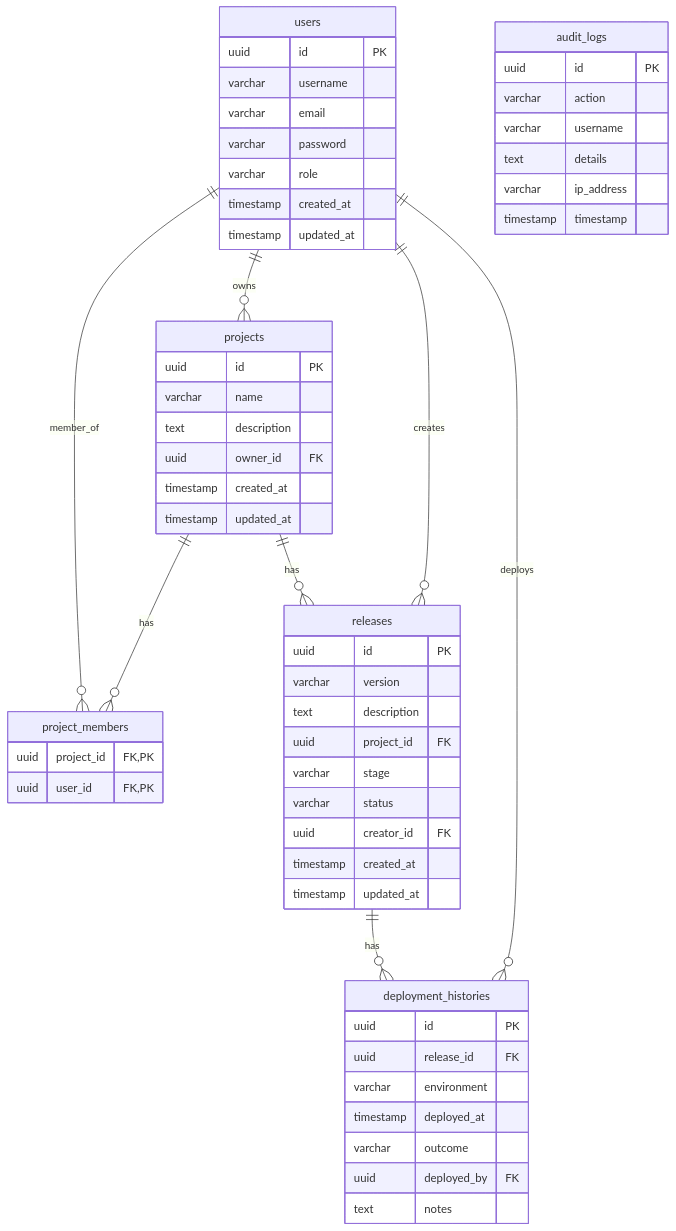
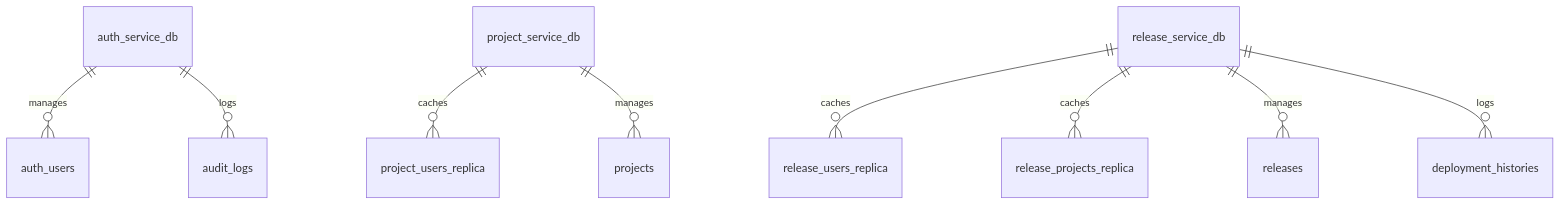
The second of 2 diagrams in README.md (apocalypse9949/DevTrack), drawn with Mermaid before and after one commit. The commit also changed other lines of this file and 133 other files, not shown here.

Commit message:
Refactor DevTrack monolithic application into Spring Cloud Microservices Architecture

````diff
--- a/README.md
+++ b/README.md
@@ -21,65 +81,11 @@
 ```mermaid
 erDiagram
-    users ||--o{ projects : owns
-    users ||--o{ project_members : member_of
-    projects ||--o{ project_members : has
-    projects ||--o{ releases : has
-    users ||--o{ releases : creates
-    releases ||--o{ deployment_histories : has
-    users ||--o{ deployment_histories : deploys
-
-    users {
-        uuid id PK
-        varchar username
-        varchar email
-        varchar password
-        varchar role
-        timestamp created_at
-        timestamp updated_at
-    }
-
-    projects {
-        uuid id PK
-        varchar name
-        text description
-        uuid owner_id FK
-        timestamp created_at
-        timestamp updated_at
-    }
-
-    project_members {
-        uuid project_id FK, PK
-        uuid user_id FK, PK
-    }
-
-    releases {
-        uuid id PK
-        varchar version
-        text description
-        uuid project_id FK
-        varchar stage
-        varchar status
-        uuid creator_id FK
-        timestamp created_at
-        timestamp updated_at
-    }
-
-    deployment_histories {
-        uuid id PK
-        uuid release_id FK
-        varchar environment
-        timestamp deployed_at
-        varchar outcome
-        uuid deployed_by FK
-        text notes
-    }
-
-    audit_logs {
-        uuid id PK
-        varchar action
-        varchar username
-        text details
-        varchar ip_address
-        timestamp timestamp
-    }
+    auth_service_db ||--o{ auth_users : manages
+    auth_service_db ||--o{ audit_logs : logs
+    project_service_db ||--o{ project_users_replica : caches
+    project_service_db ||--o{ projects : manages
+    release_service_db ||--o{ release_users_replica : caches
+    release_service_db ||--o{ release_projects_replica : caches
+    release_service_db ||--o{ releases : manages
+    release_service_db ||--o{ deployment_histories : logs
 ```
````
